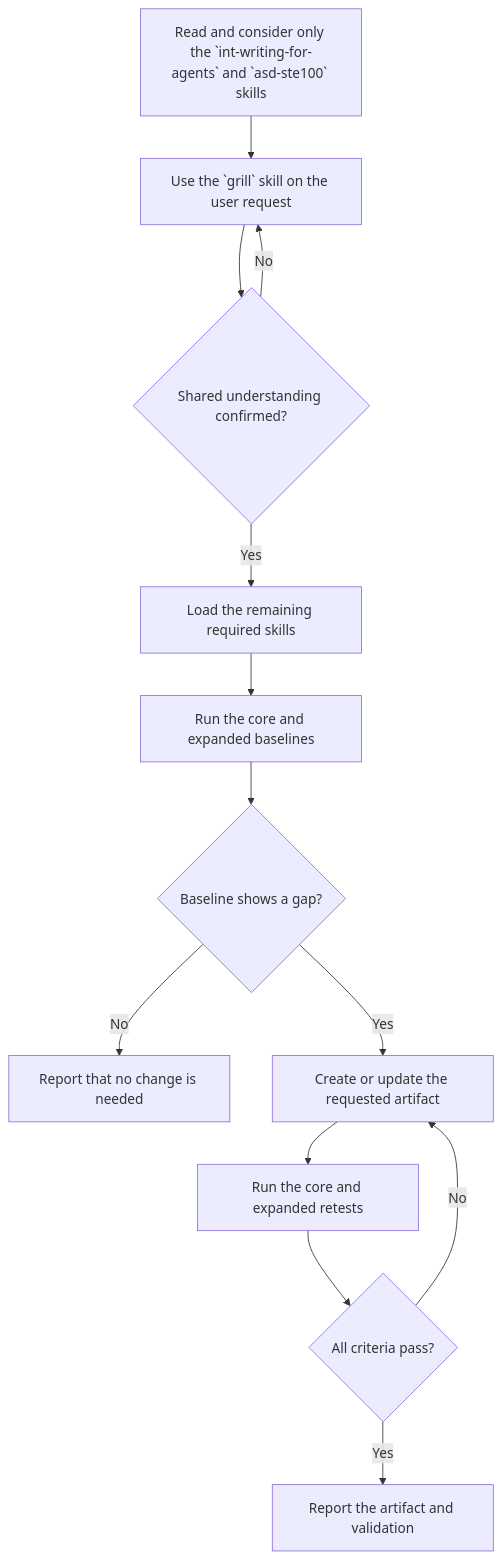
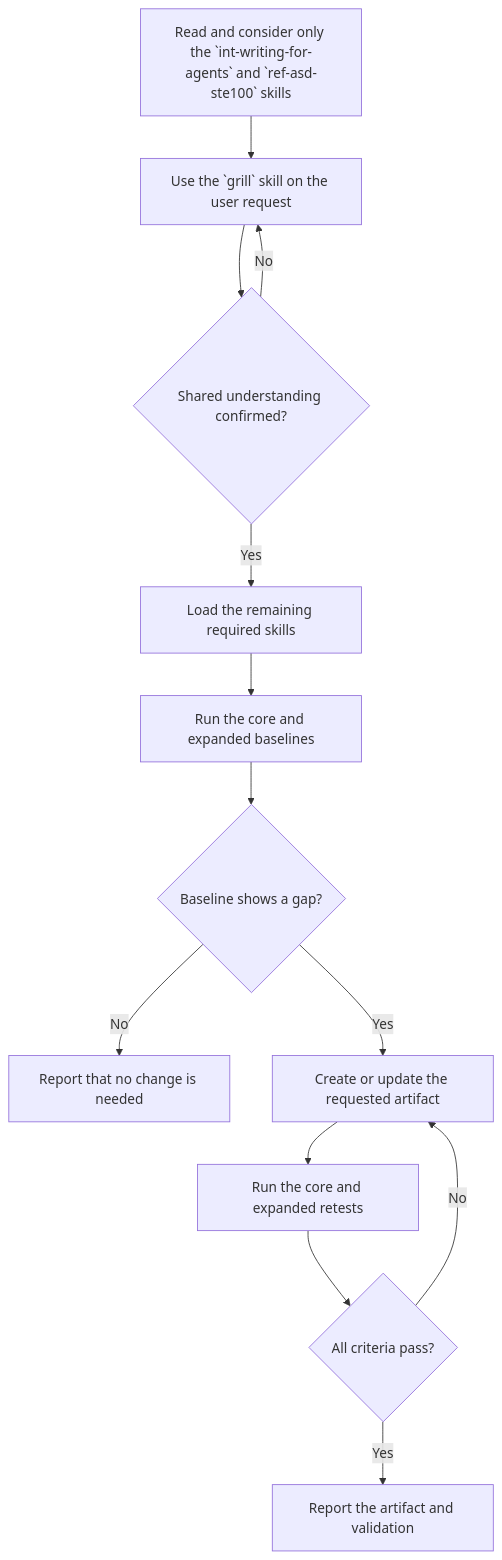
One commit to UseTheFork/spindle changed the diagram in .github/skills/author-skill/SKILL.md. Above: the diagram before and after it, drawn with Mermaid. The commit also changed other lines of this file and 30 other files, not shown here.

Commit message:
refactor: update skills and agents

````diff
--- a/.github/skills/author-skill/SKILL.md
+++ b/.github/skills/author-skill/SKILL.md
@@ -16,16 +16,16 @@
 ```mermaid
 flowchart TD
-    A["Read and consider only the `int-writing-for-agents` and `asd-ste100` skills"]
+    A["Read and consider only the `int-writing-for-agents` and `ref-asd-ste100` skills"]
     A --> B["Use the `grill` skill on the user request"]
     B --> C{"Shared understanding confirmed?"}
     C -- "No" --> B
     C -- "Yes" --> D["Load the remaining required skills"]
     D --> E["Run the core and expanded baselines"]
     E --> F{"Baseline shows a gap?"}
     F -- "No" --> J["Report that no change is needed"]
     F -- "Yes" --> G["Create or update the requested artifact"]
     G --> H["Run the core and expanded retests"]
     H --> I{"All criteria pass?"}
     I -- "No" --> G
     I -- "Yes" --> K["Report the artifact and validation"]
 ```
````
